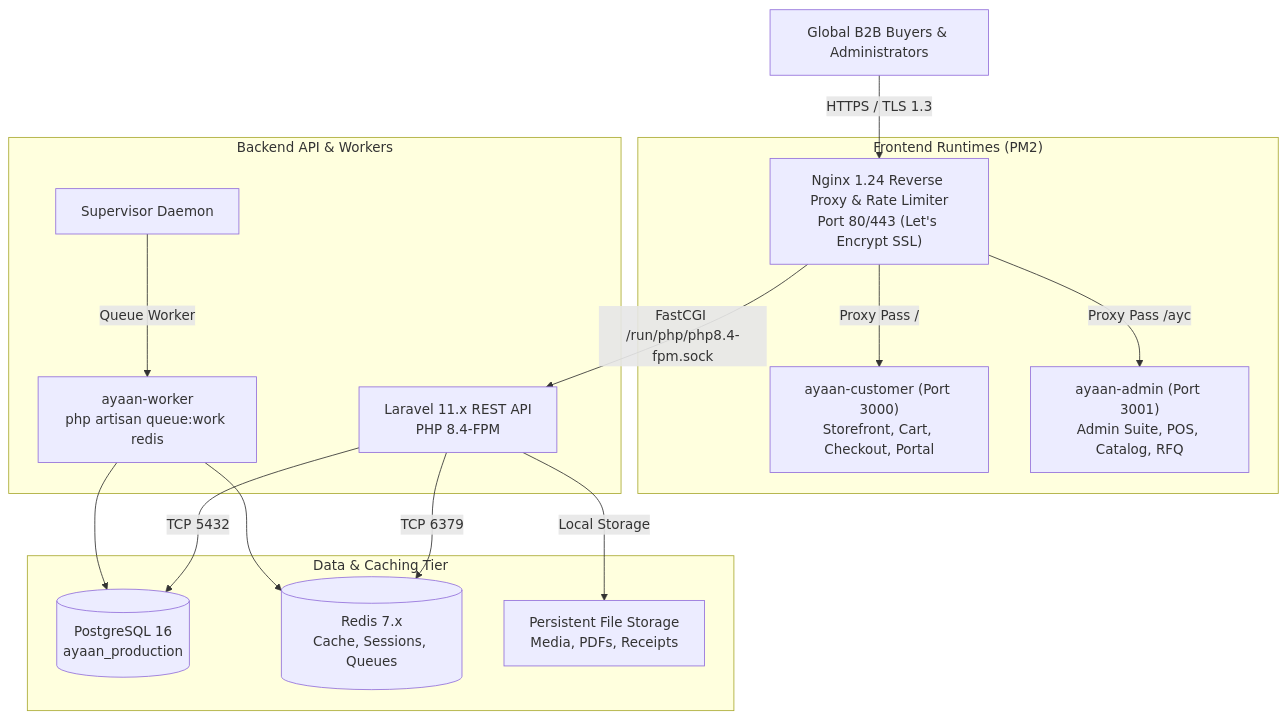
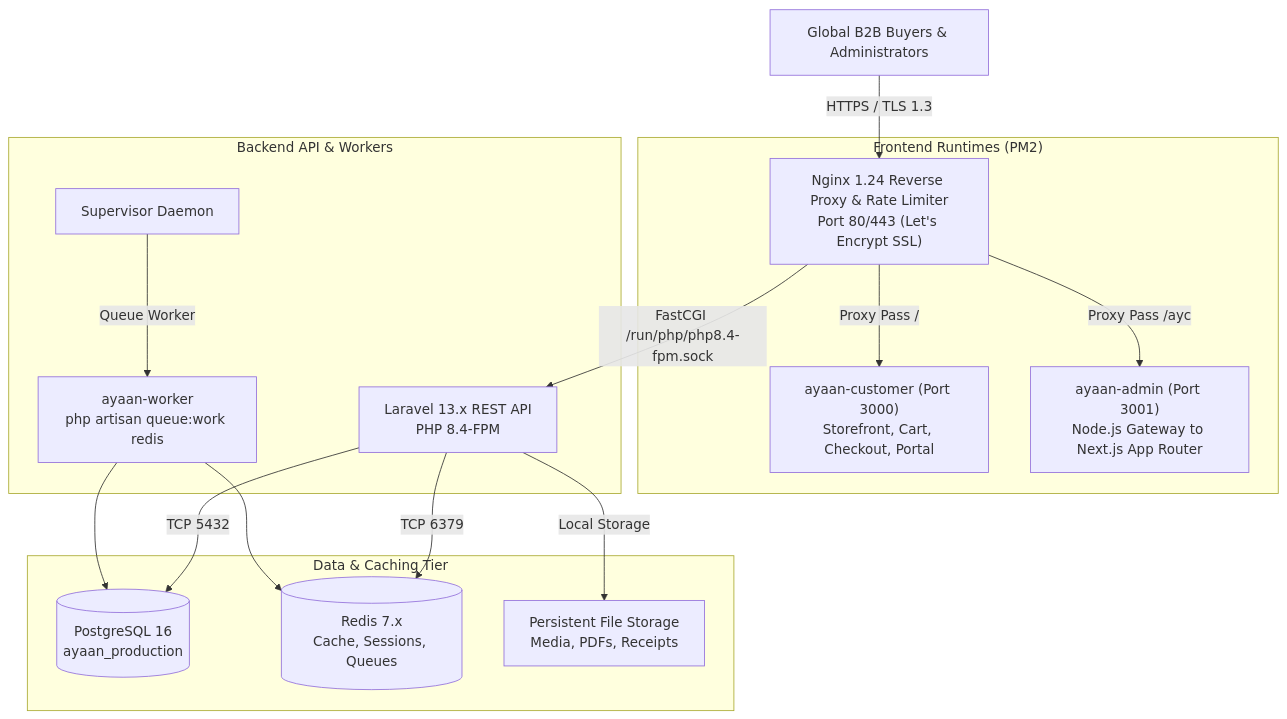
Before and after one commit to labib-0/AYC: the diagram in README.md, drawn with Mermaid. The commit also changed other lines of this file and 15 other files, not shown here.

First line of the commit message:
fix(catalog): reconcile featured products ordering contract with admin sequence

````diff
--- a/README.md
+++ b/README.md
@@ -18,22 +18,22 @@
 ```mermaid
 graph TD
     Client["Global B2B Buyers & Administrators"] -->|HTTPS / TLS 1.3| Nginx["Nginx 1.24 Reverse Proxy & Rate Limiter<br/>Port 80/443 (Let's Encrypt SSL)"]
     
     subgraph Frontend ["Frontend Runtimes (PM2)"]
         Nginx -->|Proxy Pass /| NextCustomer["ayaan-customer (Port 3000)<br/>Storefront, Cart, Checkout, Portal"]
-        Nginx -->|Proxy Pass /ayc| NextAdmin["ayaan-admin (Port 3001)<br/>Admin Suite, POS, Catalog, RFQ"]
+        Nginx -->|Proxy Pass /ayc| NextAdmin["ayaan-admin (Port 3001)<br/>Node.js Gateway to Next.js App Router"]
     end
 
     subgraph Backend ["Backend API & Workers"]
-        Nginx -->|FastCGI /run/php/php8.4-fpm.sock| PHPFPM["Laravel 11.x REST API<br/>PHP 8.4-FPM"]
+        Nginx -->|FastCGI /run/php/php8.4-fpm.sock| PHPFPM["Laravel 13.x REST API<br/>PHP 8.4-FPM"]
         Supervisor["Supervisor Daemon"] -->|Queue Worker| Worker["ayaan-worker<br/>php artisan queue:work redis"]
     end
 
     subgraph DataPersistence ["Data & Caching Tier"]
         PHPFPM -->|TCP 5432| Postgres[("PostgreSQL 16<br/>ayaan_production")]
         PHPFPM -->|TCP 6379| Redis[("Redis 7.x<br/>Cache, Sessions, Queues")]
         Worker --> Postgres
         Worker --> Redis
         PHPFPM -->|Local Storage| Storage["Persistent File Storage<br/>Media, PDFs, Receipts"]
     end
 ```
````
